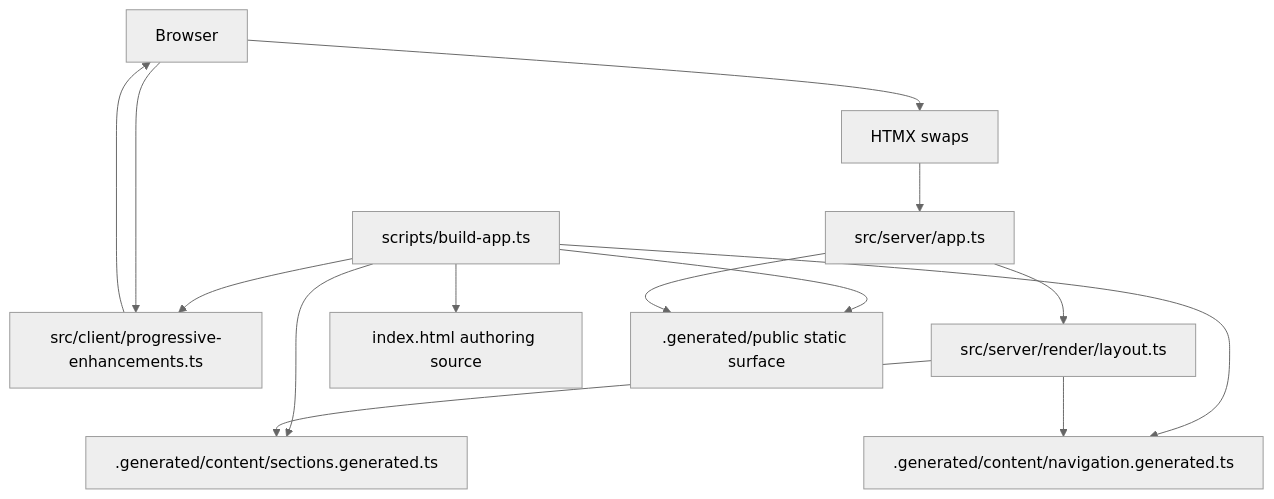
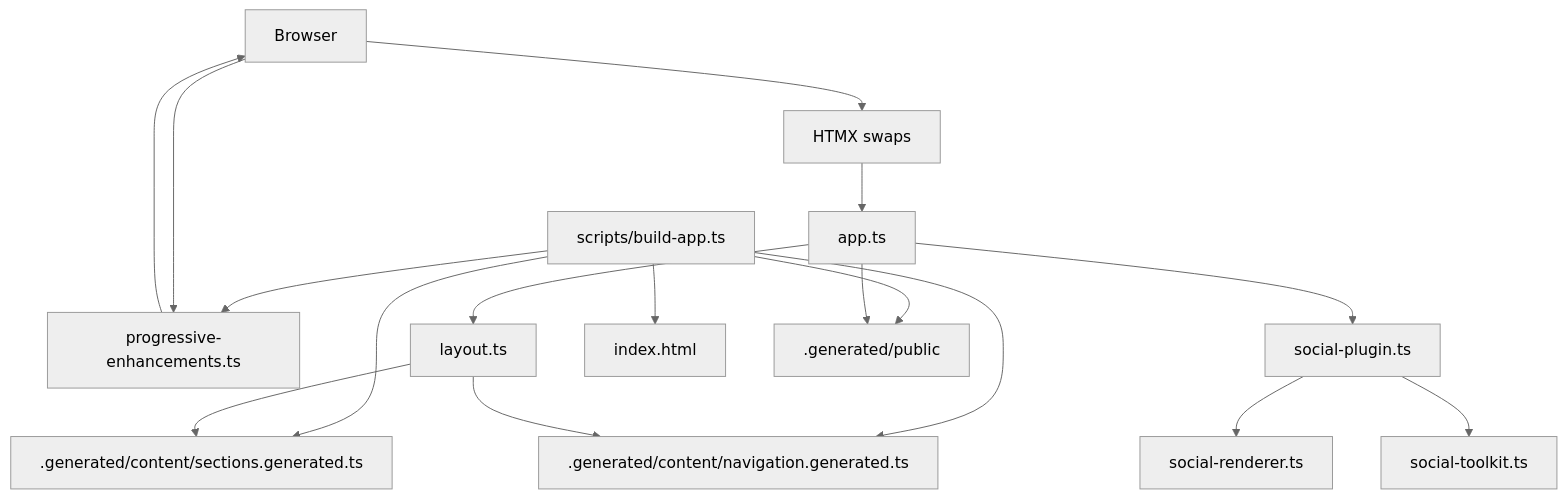
One commit to d4551/vertu-brand changed the third of 3 diagrams in README.md. Above: the diagram before and after it, drawn with Mermaid (neutral theme). The commit also changed other lines of this file and 37 other files, not shown here.

First line of the commit message:
Theme/language cycle buttons, EN/CN text labels, social toolkit, docs

````diff
--- a/README.md
+++ b/README.md
@@ -19,27 +109,33 @@
 ```mermaid
 graph TD
   Browser["Browser"]
   HTMX["HTMX swaps"]
   Build["scripts/build-app.ts"]
-  Client["src/client/progressive-enhancements.ts"]
-  Server["src/server/app.ts"]
-  Render["src/server/render/layout.ts"]
-  Authoring["index.html authoring source"]
+  Client["progressive-enhancements.ts"]
+  SocialPlugin["social-plugin.ts"]
+  SocialRenderer["social-renderer.ts"]
+  SocialContracts["social-toolkit.ts"]
+  Server["app.ts"]
+  Render["layout.ts"]
+  Authoring["index.html"]
   Content[".generated/content/sections.generated.ts"]
   Nav[".generated/content/navigation.generated.ts"]
-  Public[".generated/public static surface"]
+  Public[".generated/public"]
 
   Build --> Client
   Build --> Authoring
   Build --> Content
   Build --> Nav
   Build --> Public
   Browser --> HTMX
   Browser --> Client
   HTMX --> Server
   Client --> Browser
   Server --> Render
+  Server --> SocialPlugin
+  SocialPlugin --> SocialRenderer
+  SocialPlugin --> SocialContracts
   Render --> Content
   Render --> Nav
   Server --> Public
 ```
````
